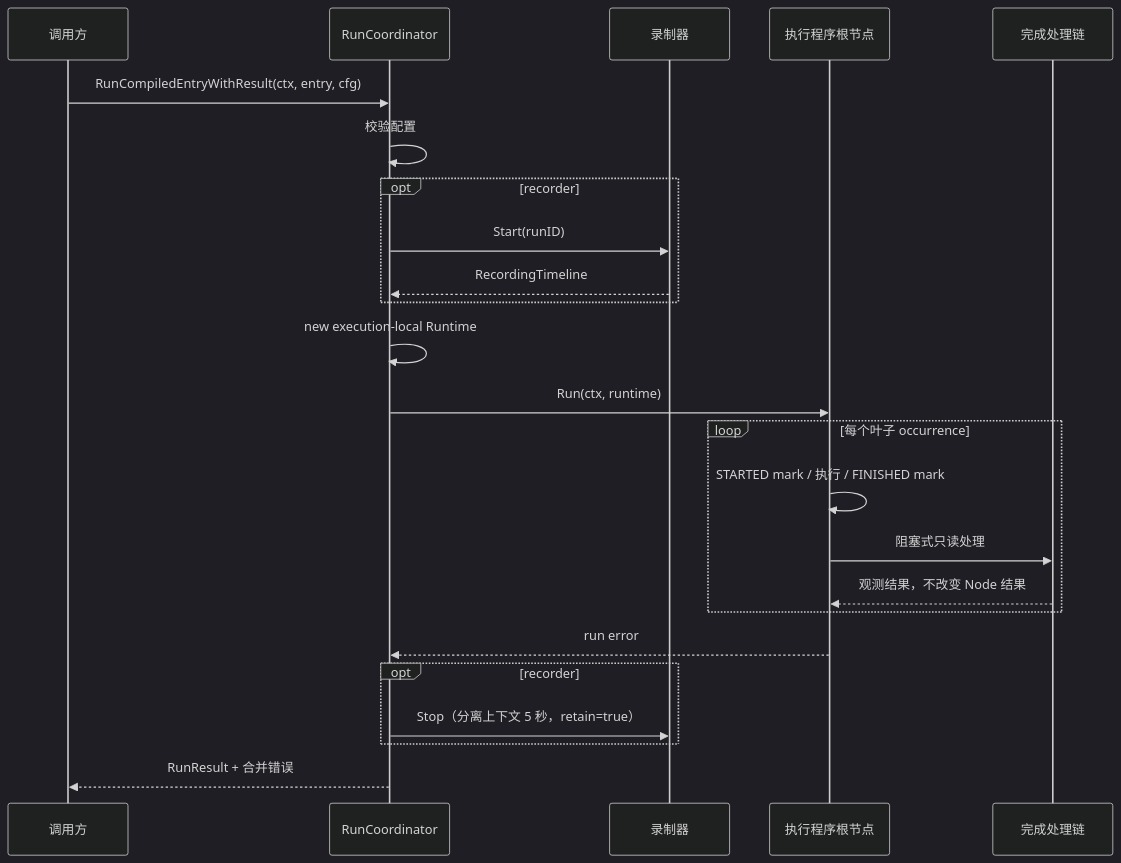
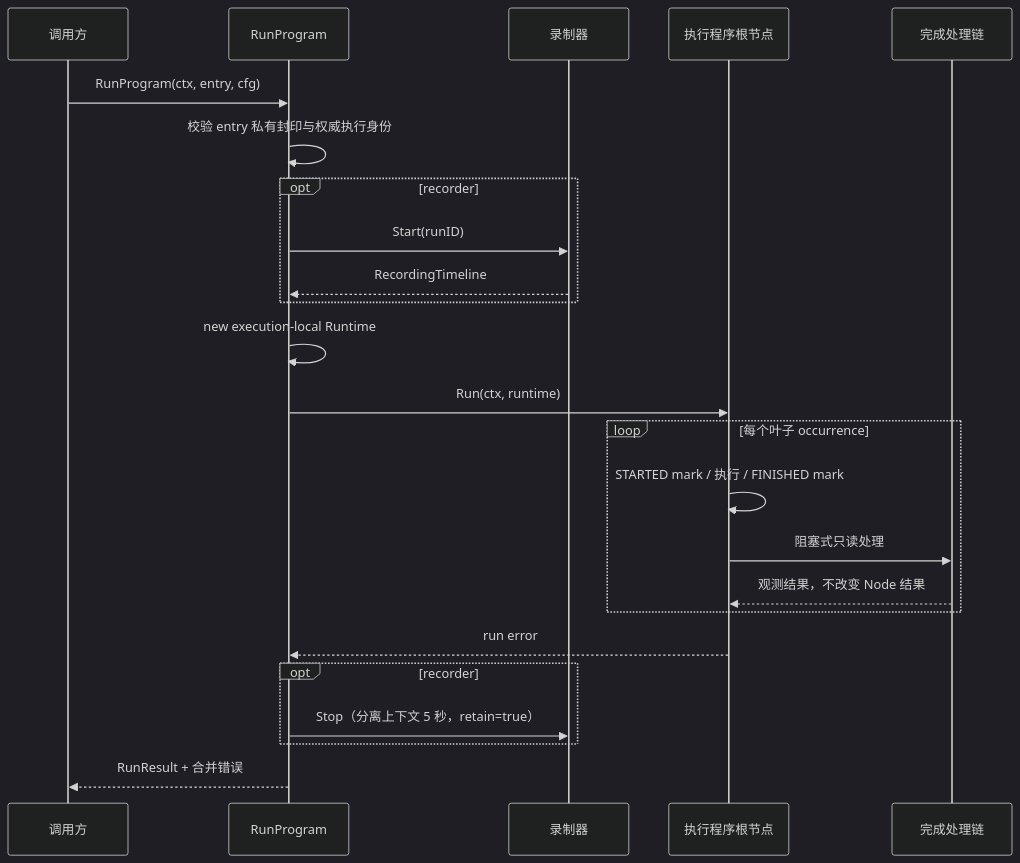
One commit to Capsule7446/healix-core changed the diagram in docs/application/engine/run-program.md. Above: the diagram before and after it, drawn with Mermaid (dark theme). The commit also changed other lines of this file and 119 other files, not shown here.

````diff
--- a/docs/application/engine/run-program.md
+++ b/docs/application/engine/run-program.md
@@ -35,26 +35,26 @@
 ```mermaid
 sequenceDiagram
     participant Caller as 调用方
-    participant C as RunCoordinator
+    participant C as RunProgram
     participant Recorder as 录制器
     participant Root as 执行程序根节点
     participant Chain as 完成处理链
-    Caller->>C: RunCompiledEntryWithResult(ctx, entry, cfg)
-    C->>C: 校验配置
+    Caller->>C: RunProgram(ctx, entry, cfg)
+    C->>C: 校验 entry 私有封印与权威执行身份
     opt recorder
       C->>Recorder: Start(runID)
       Recorder-->>C: RecordingTimeline
     end
     C->>C: new execution-local Runtime
     C->>Root: Run(ctx, runtime)
     loop 每个叶子 occurrence
       Root->>Root: STARTED mark / 执行 / FINISHED mark
       Root->>Chain: 阻塞式只读处理
       Chain-->>Root: 观测结果，不改变 Node 结果
     end
     Root-->>C: run error
     opt recorder
       C->>Recorder: Stop（分离上下文 5 秒，retain=true）
     end
     C-->>Caller: RunResult + 合并错误
 ```
````
